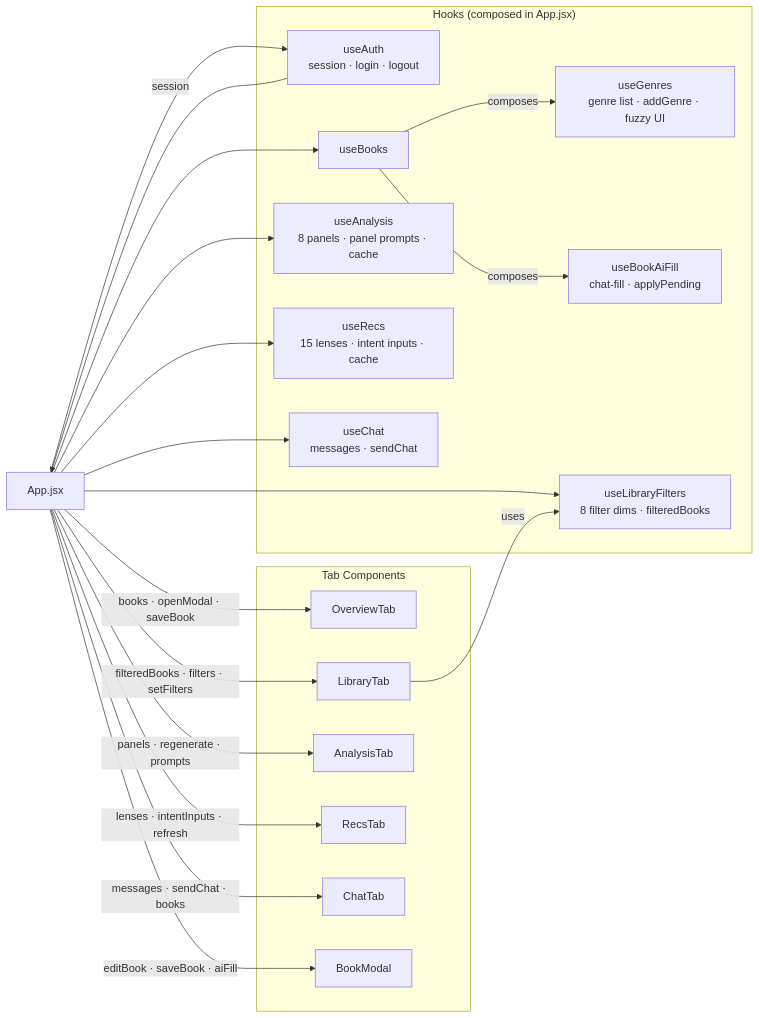
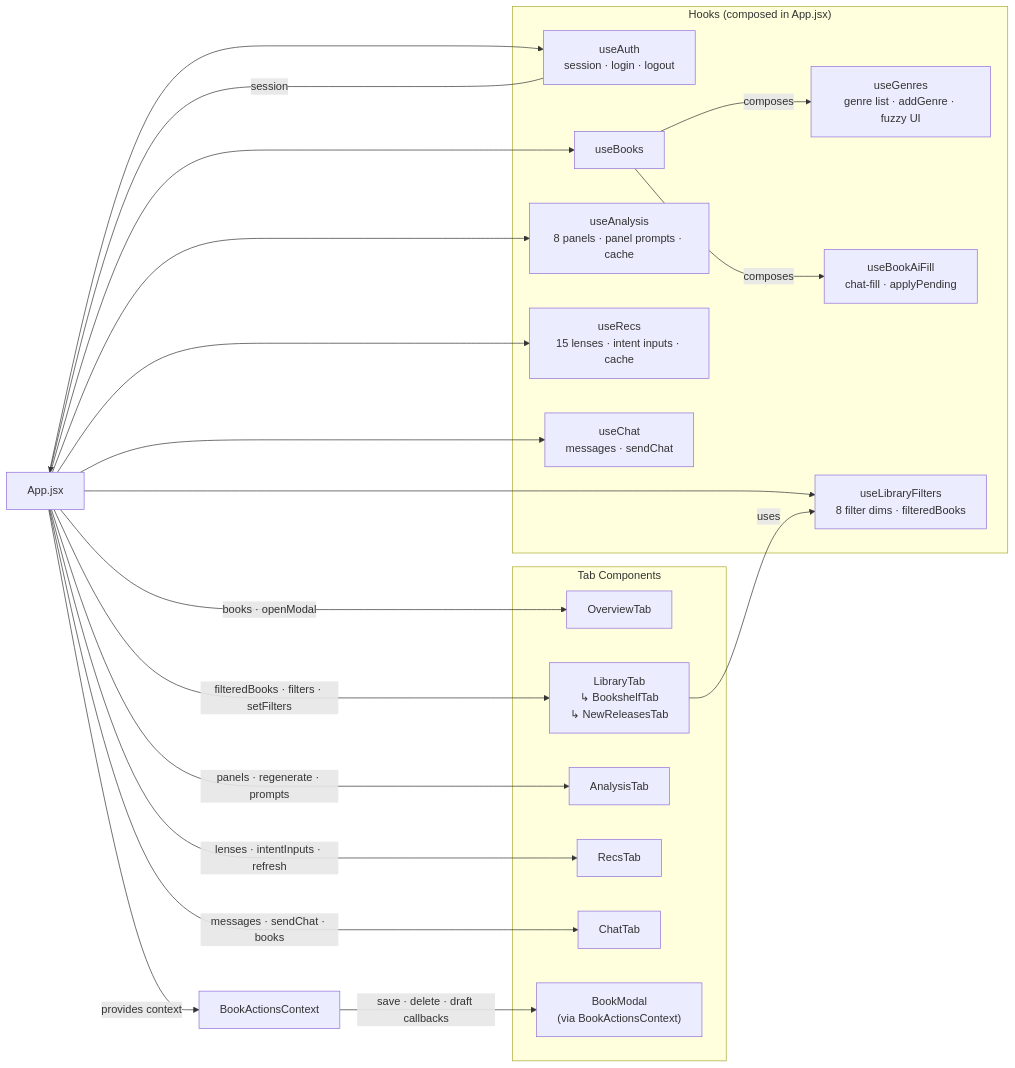
The second of 3 diagrams in ARCHITECTURE.md (viswasnair/nairrative), drawn with Mermaid before and after one commit. The commit also changed other lines of this file and 62 other files, not shown here.

````diff
--- a/ARCHITECTURE.md
+++ b/ARCHITECTURE.md
@@ -81,44 +101,47 @@
 ```mermaid
 flowchart LR
     App["App.jsx"]
 
     subgraph HookTree["Hooks (composed in App.jsx)"]
         uAuth["useAuth\nsession · login · logout"]
         uBooks["useBooks"]
         uGen["useGenres\ngenre list · addGenre · fuzzy UI"]
         uFill["useBookAiFill\nchat-fill · applyPending"]
         uAn["useAnalysis\n8 panels · panel prompts · cache"]
         uRecs["useRecs\n15 lenses · intent inputs · cache"]
         uChat["useChat\nmessages · sendChat"]
         uFilt["useLibraryFilters\n8 filter dims · filteredBooks"]
         uBooks -->|composes| uGen
         uBooks -->|composes| uFill
     end
 
     subgraph Tabs["Tab Components"]
         OT["OverviewTab"]
-        LT["LibraryTab"]
+        LT["LibraryTab\n↳ BookshelfTab\n↳ NewReleasesTab"]
         AT["AnalysisTab"]
         RT["RecsTab"]
         CT["ChatTab"]
-        BM["BookModal"]
+        BM["BookModal\n(via BookActionsContext)"]
     end
+
+    BAC["BookActionsContext"]
 
     App --> uAuth
     App --> uBooks
     App --> uAn
     App --> uRecs
     App --> uChat
     App --> uFilt
 
     uAuth -->|"session"| App
 
-    App -->|"books · openModal · saveBook"| OT
+    App -->|"books · openModal"| OT
     App -->|"filteredBooks · filters · setFilters"| LT
     App -->|"panels · regenerate · prompts"| AT
     App -->|"lenses · intentInputs · refresh"| RT
     App -->|"messages · sendChat · books"| CT
-    App -->|"editBook · saveBook · aiFill"| BM
+    App -->|"provides context"| BAC
+    BAC -->|"save · delete · draft callbacks"| BM
 
     LT -->|"uses"| uFilt
 ```
````
